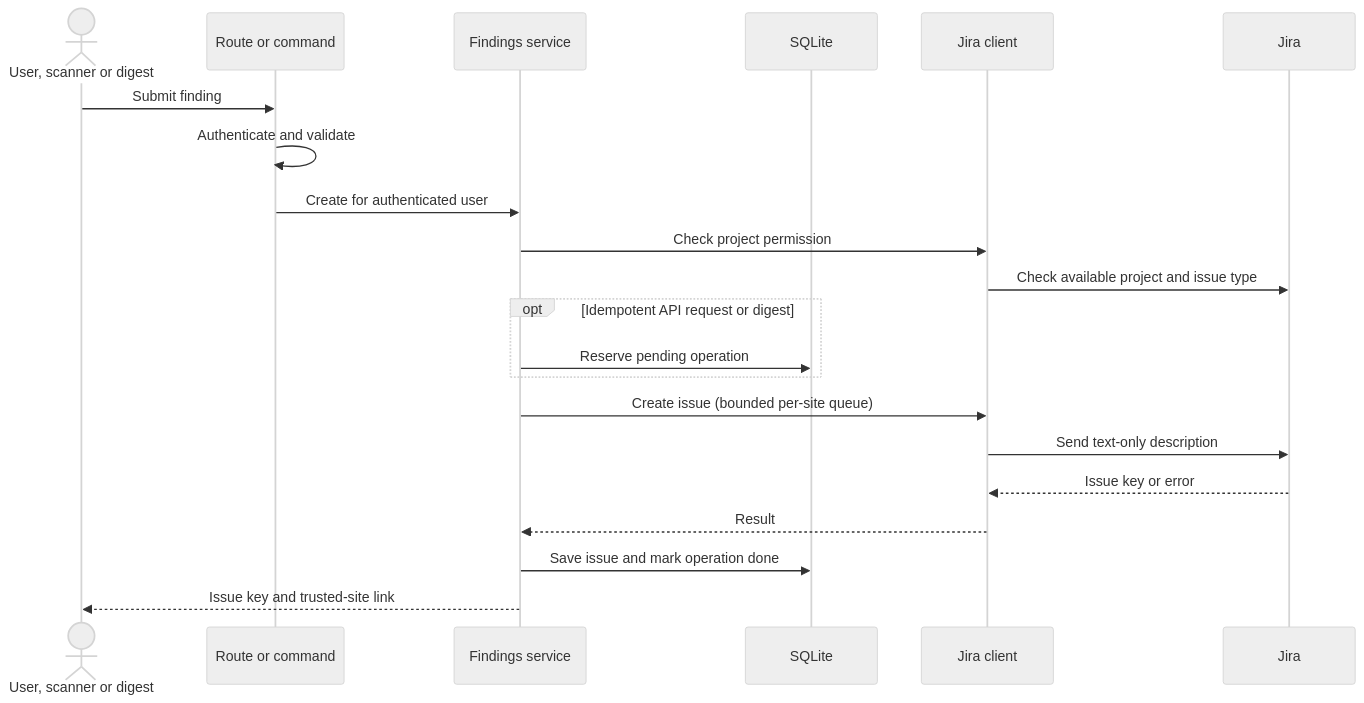
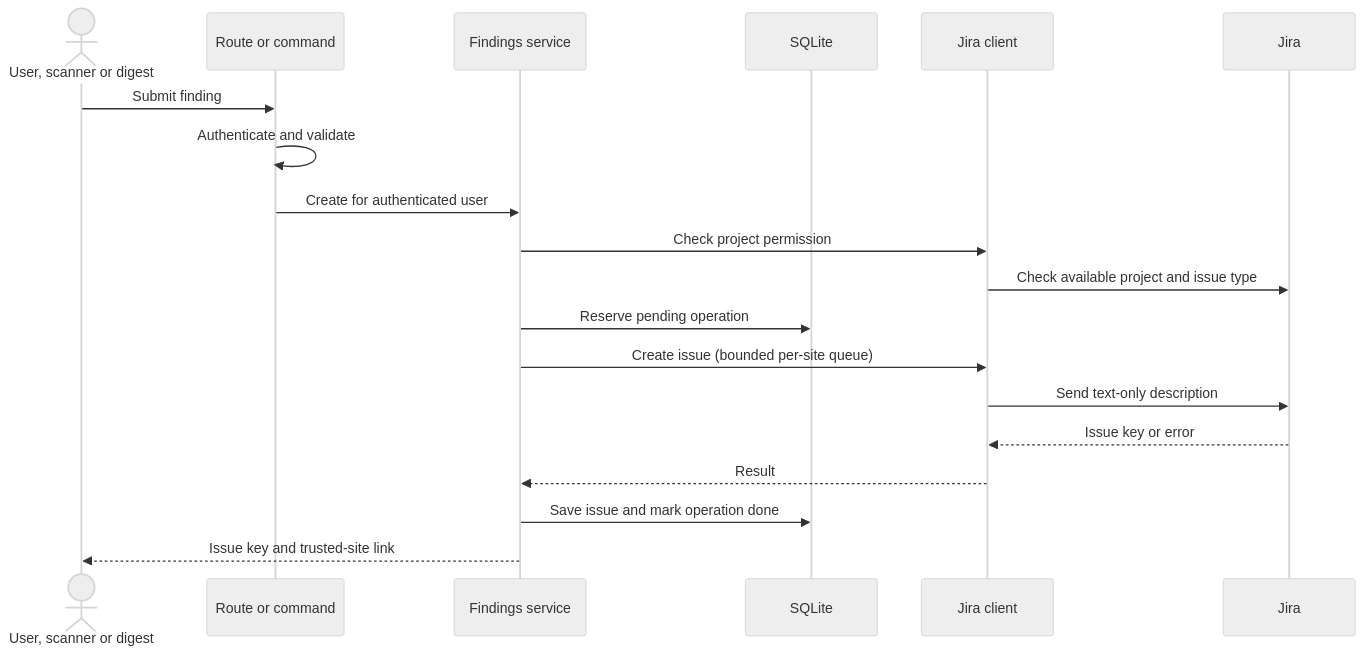
The second of 2 diagrams in docs/SYSTEM_DESIGN.md (nim901/IdentityHub), drawn with Mermaid (neutral theme) before and after one commit. The commit also changed other lines of this file and 13 other files, not shown here.

````diff
--- a/docs/SYSTEM_DESIGN.md
+++ b/docs/SYSTEM_DESIGN.md
@@ -29,23 +29,21 @@
 ```mermaid
 sequenceDiagram
     actor Caller as User, scanner or digest
     participant API as Route or command
     participant Findings as Findings service
     participant DB as SQLite
     participant Jira as Jira client
     participant Site as Jira
     Caller->>API: Submit finding
     API->>API: Authenticate and validate
     API->>Findings: Create for authenticated user
     Findings->>Jira: Check project permission
     Jira->>Site: Check available project and issue type
-    opt Idempotent API request or digest
-        Findings->>DB: Reserve pending operation
-    end
+    Findings->>DB: Reserve pending operation
     Findings->>Jira: Create issue (bounded per-site queue)
     Jira->>Site: Send text-only description
     Site-->>Jira: Issue key or error
     Jira-->>Findings: Result
     Findings->>DB: Save issue and mark operation done
     Findings-->>Caller: Issue key and trusted-site link
 ```
````
